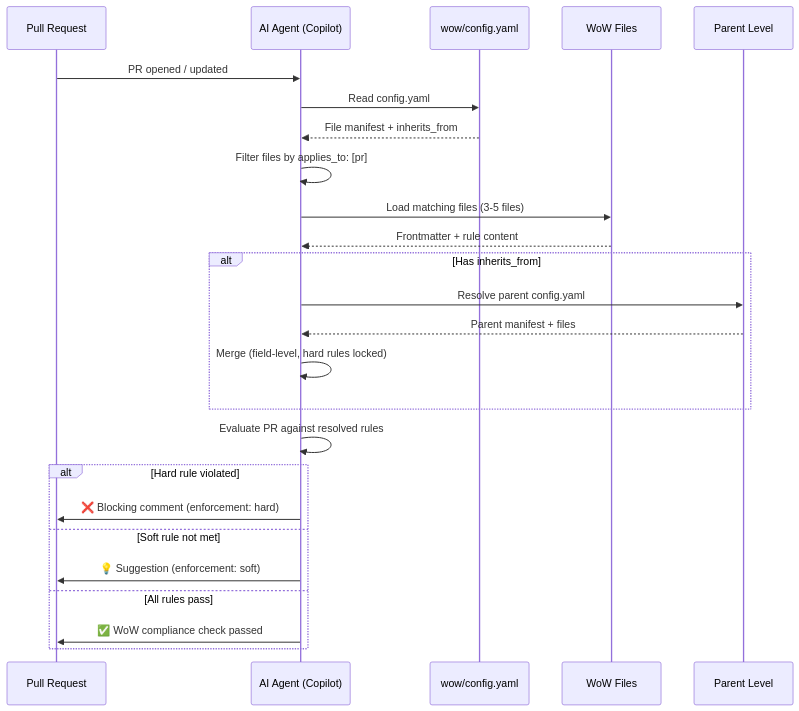
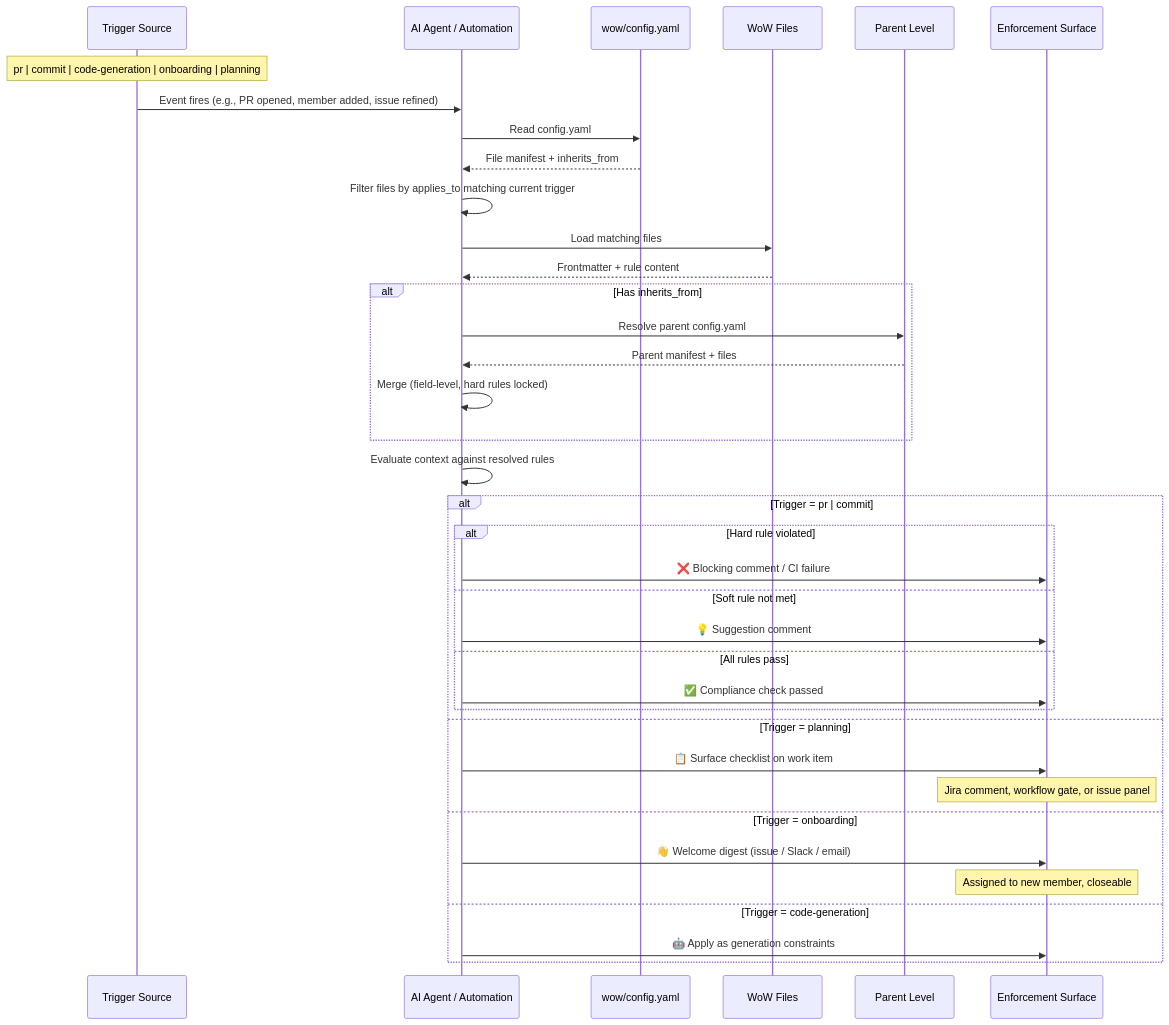
Before and after one commit to goncalovalverde/wow-as-code: the diagram in docs/diagrams/agent-flow.mmd, drawn with Mermaid. The commit also changed 3 other files, not shown here.

First line of the commit message:
docs: update diagrams for planning and onboarding triggers

````diff
--- a/docs/diagrams/agent-flow.mmd
+++ b/docs/diagrams/agent-flow.mmd
@@ -1,32 +1,45 @@
 ```mermaid
 sequenceDiagram
-    participant PR as Pull Request
-    participant Agent as AI Agent (Copilot)
+    participant Trigger as Trigger Source
+    participant Agent as AI Agent / Automation
     participant Config as wow/config.yaml
     participant Files as WoW Files
     participant Parent as Parent Level
+    participant Output as Enforcement Surface
 
-    PR->>Agent: PR opened / updated
+    Note over Trigger: pr | commit | code-generation | onboarding | planning
+
+    Trigger->>Agent: Event fires (e.g., PR opened, member added, issue refined)
     Agent->>Config: Read config.yaml
     Config-->>Agent: File manifest + inherits_from
 
-    Agent->>Agent: Filter files by applies_to: [pr]
-    Agent->>Files: Load matching files (3-5 files)
+    Agent->>Agent: Filter files by applies_to matching current trigger
+    Agent->>Files: Load matching files
     Files-->>Agent: Frontmatter + rule content
 
     alt Has inherits_from
         Agent->>Parent: Resolve parent config.yaml
         Parent-->>Agent: Parent manifest + files
         Agent->>Agent: Merge (field-level, hard rules locked)
     end
 
-    Agent->>Agent: Evaluate PR against resolved rules
+    Agent->>Agent: Evaluate context against resolved rules
 
-    alt Hard rule violated
-        Agent->>PR: ❌ Blocking comment (enforcement: hard)
-    else Soft rule not met
-        Agent->>PR: 💡 Suggestion (enforcement: soft)
-    else All rules pass
-        Agent->>PR: ✅ WoW compliance check passed
+    alt Trigger = pr | commit
+        alt Hard rule violated
+            Agent->>Output: ❌ Blocking comment / CI failure
+        else Soft rule not met
+            Agent->>Output: 💡 Suggestion comment
+        else All rules pass
+            Agent->>Output: ✅ Compliance check passed
+        end
+    else Trigger = planning
+        Agent->>Output: 📋 Surface checklist on work item
+        Note over Output: Jira comment, workflow gate, or issue panel
+    else Trigger = onboarding
+        Agent->>Output: 👋 Welcome digest (issue / Slack / email)
+        Note over Output: Assigned to new member, closeable
+    else Trigger = code-generation
+        Agent->>Output: 🤖 Apply as generation constraints
     end
 ```
````
